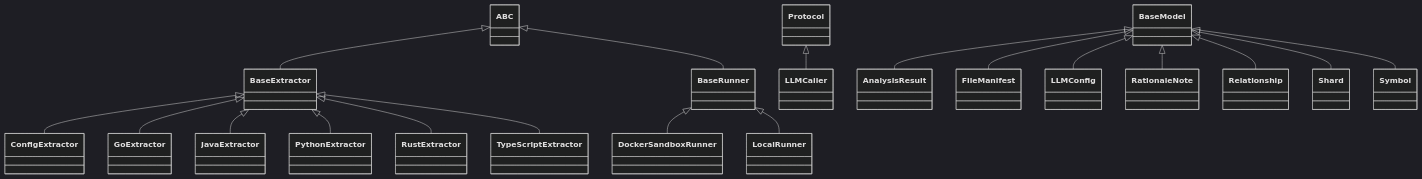
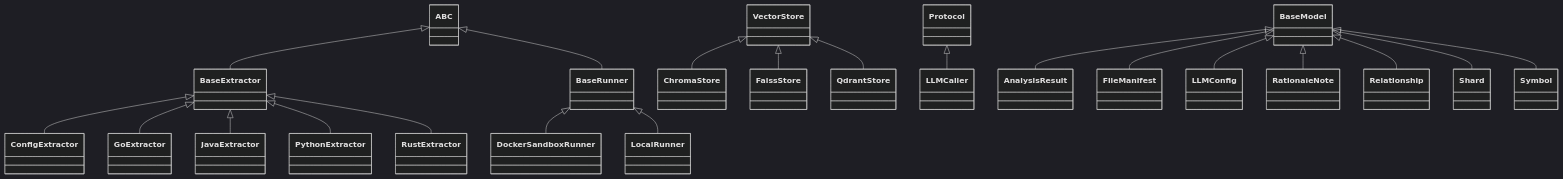
Before and after one commit to actions-marketplace-validations/unrealandychan_rekipedia: the diagram in .rekipedia/diagrams/class-hierarchy.md, drawn with Mermaid (dark theme). The commit also changed 14 other files, not shown here.

````diff
--- a/.rekipedia/diagrams/class-hierarchy.md
+++ b/.rekipedia/diagrams/class-hierarchy.md
@@ -1,21 +1,23 @@
 ```mermaid
 classDiagram
   BaseModel <|-- AnalysisResult
   ABC <|-- BaseExtractor
   ABC <|-- BaseRunner
+  VectorStore <|-- ChromaStore
   BaseExtractor <|-- ConfigExtractor
   BaseRunner <|-- DockerSandboxRunner
+  VectorStore <|-- FaissStore
   BaseModel <|-- FileManifest
   BaseExtractor <|-- GoExtractor
   BaseExtractor <|-- JavaExtractor
   Protocol <|-- LLMCaller
   BaseModel <|-- LLMConfig
   BaseRunner <|-- LocalRunner
   BaseExtractor <|-- PythonExtractor
+  VectorStore <|-- QdrantStore
   BaseModel <|-- RationaleNote
   BaseModel <|-- Relationship
   BaseExtractor <|-- RustExtractor
   BaseModel <|-- Shard
   BaseModel <|-- Symbol
-  BaseExtractor <|-- TypeScriptExtractor
 ```
````
